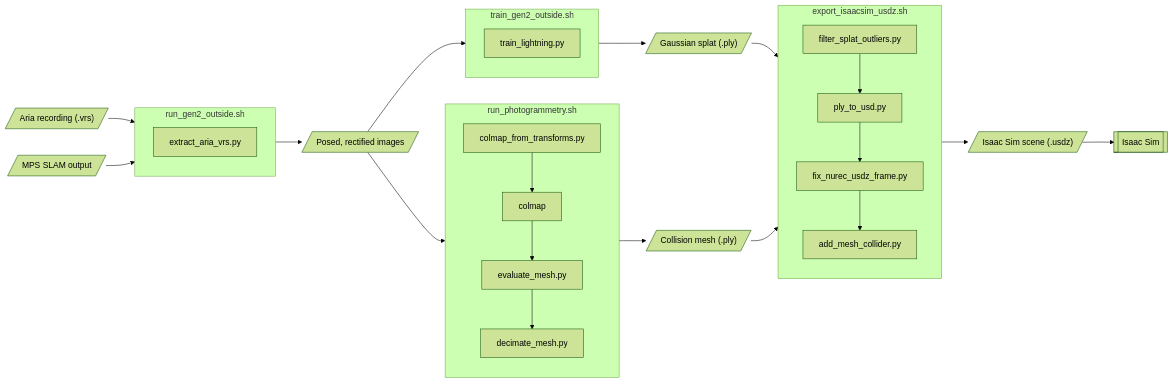
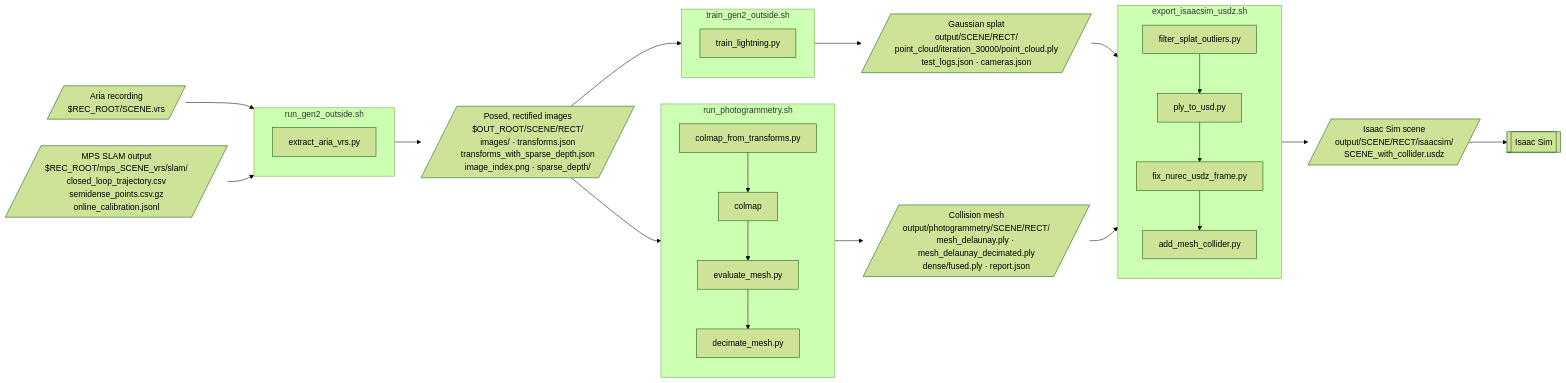
The diagram in README.md (Aidan-Gildea/ContactSplat), drawn with Mermaid (forest theme) before and after one commit. The commit also changed other lines of this file and 1 other file, not shown here.

Commit message:
README: add Isaac Sim drive GIF; pipeline diagram names each output file and where it lives

````diff
--- a/README.md
+++ b/README.md
@@ -47,38 +45,38 @@
 ```mermaid
 flowchart LR
-    vrs[/"Aria recording (.vrs)"/] --> S1
-    mps[/"MPS SLAM output"/] --> S1
+    vrs[/"Aria recording<br/>$REC_ROOT/SCENE.vrs"/] --> S1
+    mps[/"MPS SLAM output<br/>$REC_ROOT/mps_SCENE_vrs/slam/<br/>closed_loop_trajectory.csv<br/>semidense_points.csv.gz<br/>online_calibration.jsonl"/] --> S1
 
     subgraph S1["run_gen2_outside.sh"]
         p1["extract_aria_vrs.py"]
     end
 
-    S1 --> data[/"Posed, rectified images"/]
+    S1 --> data[/"Posed, rectified images<br/>$OUT_ROOT/SCENE/RECT/<br/>images/ · transforms.json<br/>transforms_with_sparse_depth.json<br/>image_index.png · sparse_depth/"/]
 
     data --> S2
 
     subgraph S2["train_gen2_outside.sh"]
         p2["train_lightning.py"]
     end
 
-    S2 --> ply[/"Gaussian splat (.ply)"/]
+    S2 --> ply[/"Gaussian splat<br/>output/SCENE/RECT/<br/>point_cloud/iteration_30000/point_cloud.ply<br/>test_logs.json · cameras.json"/]
 
     data --> S3
 
     subgraph S3["run_photogrammetry.sh"]
         direction TB
         p3a["colmap_from_transforms.py"] --> p3b["colmap"] --> p3c["evaluate_mesh.py"] --> p3d["decimate_mesh.py"]
     end
 
-    S3 --> mesh[/"Collision mesh (.ply)"/]
+    S3 --> mesh[/"Collision mesh<br/>output/photogrammetry/SCENE/RECT/<br/>mesh_delaunay.ply · mesh_delaunay_decimated.ply<br/>dense/fused.ply · report.json"/]
 
     ply --> S4
     mesh --> S4
 
     subgraph S4["export_isaacsim_usdz.sh"]
         direction TB
         p4a["filter_splat_outliers.py"] --> p4b["ply_to_usd.py"] --> p4c["fix_nurec_usdz_frame.py"] --> p4d["add_mesh_collider.py"]
     end
 
-    S4 --> usdz[/"Isaac Sim scene (.usdz)"/] --> sim[["Isaac Sim"]]
+    S4 --> usdz[/"Isaac Sim scene<br/>output/SCENE/RECT/isaacsim/<br/>SCENE_with_collider.usdz"/] --> sim[["Isaac Sim"]]
 ```
````
